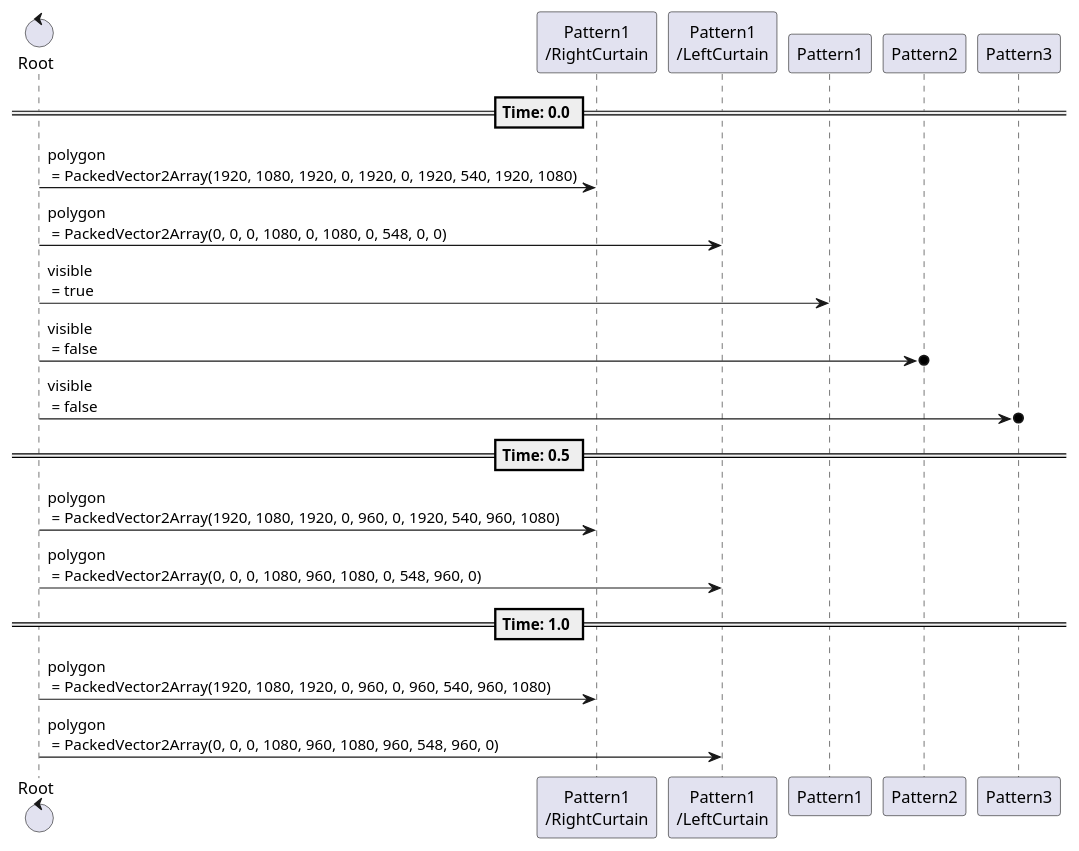
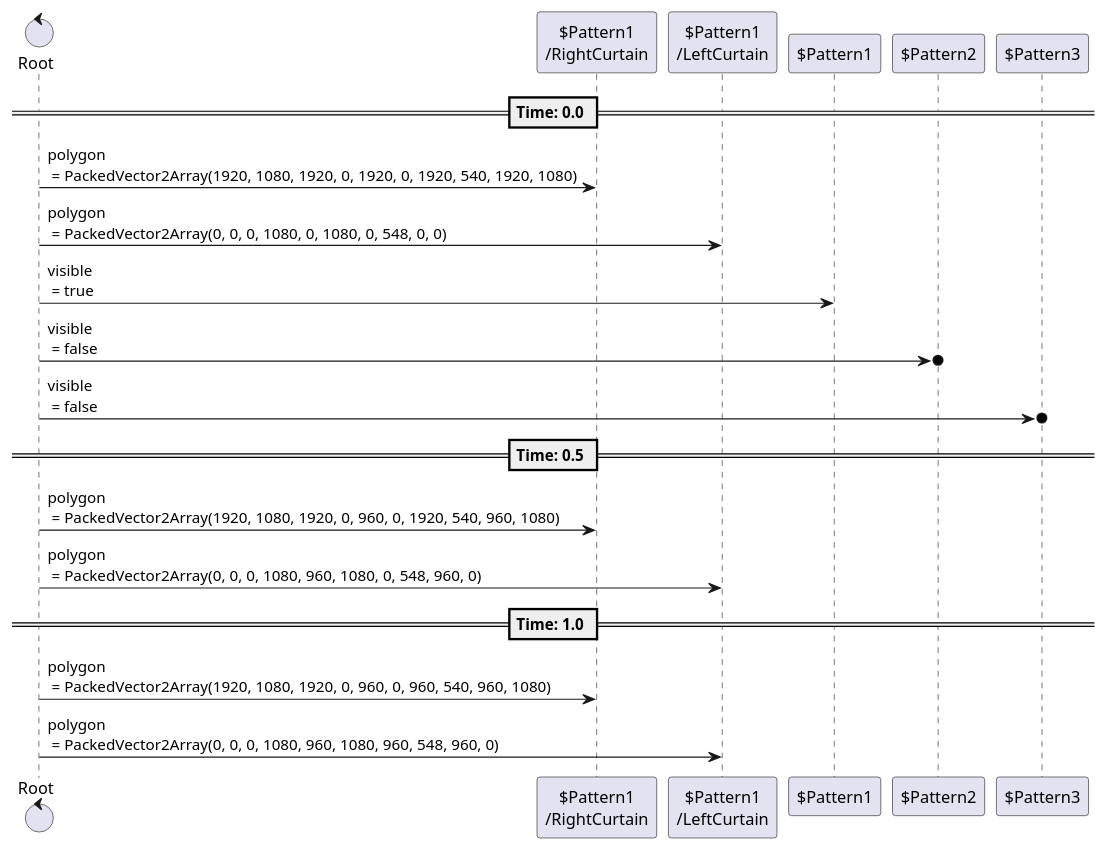
One commit to tkmfujise/Platformer-Game-Learning changed the third of 5 diagrams in content/scenes/src/curtain/closing/closing.tscn.adoc. Above: the diagram before and after it, drawn with PlantUML. The commit also changed other lines of this file and 31 other files, not shown here.

Commit message:
Add prefix $ to node name in animation sequences

```diff
--- a/content/scenes/src/curtain/closing/closing.tscn.adoc
+++ b/content/scenes/src/curtain/closing/closing.tscn.adoc
@@ -89,26 +89,26 @@
 [plantuml]
 ....
-control "Root" as Root
-participant "Pattern1\n/RightCurtain" as T0
-participant "Pattern1\n/LeftCurtain" as T1
-participant "Pattern1" as T2
-participant "Pattern2" as T3
-participant "Pattern3" as T4
+control "Root" as R
+participant "$Pattern1\n/RightCurtain" as T0
+participant "$Pattern1\n/LeftCurtain" as T1
+participant "$Pattern1" as T2
+participant "$Pattern2" as T3
+participant "$Pattern3" as T4
 
 
 
 == Time: 0.0 ==
-Root  ->  T0 : polygon\n = PackedVector2Array(1920, 1080, 1920, 0, 1920, 0, 1920, 540, 1920, 1080)
-Root  ->  T1 : polygon\n = PackedVector2Array(0, 0, 0, 1080, 0, 1080, 0, 548, 0, 0)
-Root  ->  T2 : visible\n = true
-Root  ->o  T3 : visible\n = false
-Root  ->o  T4 : visible\n = false
+R  ->  T0 : polygon\n = PackedVector2Array(1920, 1080, 1920, 0, 1920, 0, 1920, 540, 1920, 1080)
+R  ->  T1 : polygon\n = PackedVector2Array(0, 0, 0, 1080, 0, 1080, 0, 548, 0, 0)
+R  ->  T2 : visible\n = true
+R  ->o  T3 : visible\n = false
+R  ->o  T4 : visible\n = false
 == Time: 0.5 ==
-Root  ->  T0 : polygon\n = PackedVector2Array(1920, 1080, 1920, 0, 960, 0, 1920, 540, 960, 1080)
-Root  ->  T1 : polygon\n = PackedVector2Array(0, 0, 0, 1080, 960, 1080, 0, 548, 960, 0)
+R  ->  T0 : polygon\n = PackedVector2Array(1920, 1080, 1920, 0, 960, 0, 1920, 540, 960, 1080)
+R  ->  T1 : polygon\n = PackedVector2Array(0, 0, 0, 1080, 960, 1080, 0, 548, 960, 0)
 == Time: 1.0 ==
-Root  ->  T0 : polygon\n = PackedVector2Array(1920, 1080, 1920, 0, 960, 0, 960, 540, 960, 1080)
-Root  ->  T1 : polygon\n = PackedVector2Array(0, 0, 0, 1080, 960, 1080, 960, 548, 960, 0)
+R  ->  T0 : polygon\n = PackedVector2Array(1920, 1080, 1920, 0, 960, 0, 960, 540, 960, 1080)
+R  ->  T1 : polygon\n = PackedVector2Array(0, 0, 0, 1080, 960, 1080, 960, 548, 960, 0)
 
 
 ....
```
